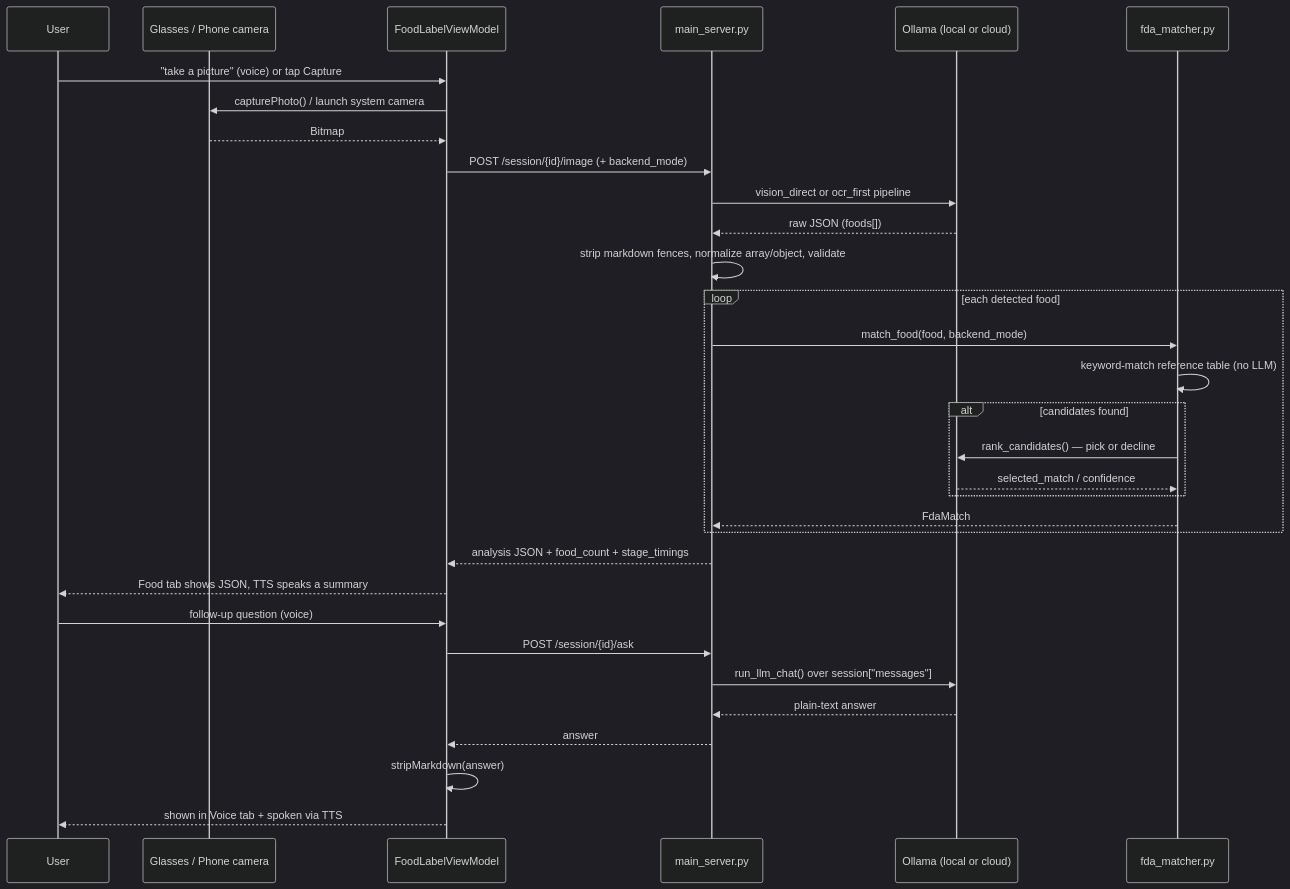
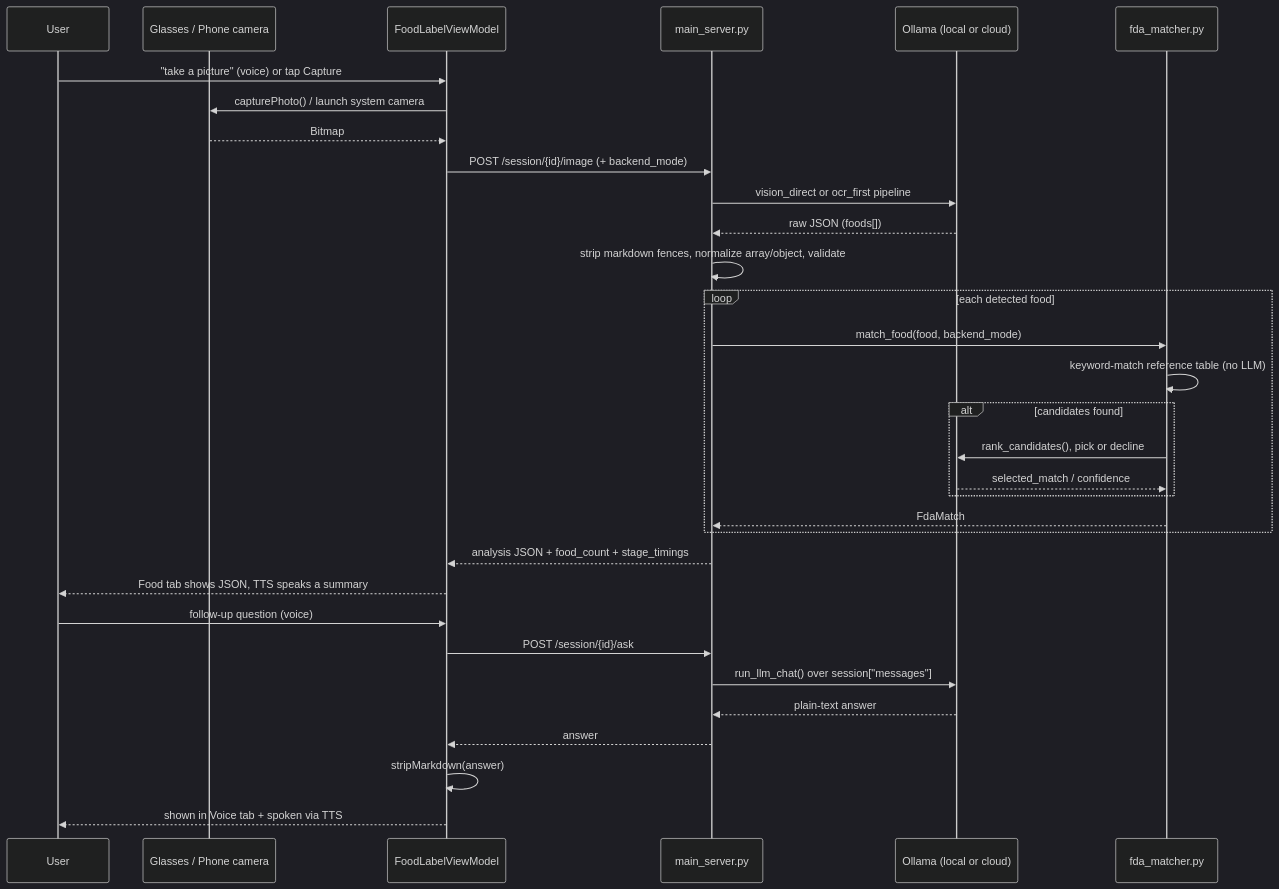
Before and after one commit to dipamb11/FoodInspector: the second of 2 diagrams in README.md, drawn with Mermaid (dark theme). The commit also changed other lines of this file and 1 other file, not shown here.

````diff
--- a/README.md
+++ b/README.md
@@ -73,36 +73,36 @@
 ```mermaid
 sequenceDiagram
     participant U as User
     participant G as Glasses / Phone camera
     participant VM as FoodLabelViewModel
     participant BE as main_server.py
     participant O as Ollama (local or cloud)
     participant FDA as fda_matcher.py
 
     U->>VM: "take a picture" (voice) or tap Capture
     VM->>G: capturePhoto() / launch system camera
     G-->>VM: Bitmap
     VM->>BE: POST /session/{id}/image (+ backend_mode)
     BE->>O: vision_direct or ocr_first pipeline
     O-->>BE: raw JSON (foods[])
     BE->>BE: strip markdown fences, normalize array/object, validate
     loop each detected food
         BE->>FDA: match_food(food, backend_mode)
         FDA->>FDA: keyword-match reference table (no LLM)
         alt candidates found
-            FDA->>O: rank_candidates() — pick or decline
+            FDA->>O: rank_candidates(), pick or decline
             O-->>FDA: selected_match / confidence
         end
         FDA-->>BE: FdaMatch
     end
     BE-->>VM: analysis JSON + food_count + stage_timings
     VM-->>U: Food tab shows JSON, TTS speaks a summary
 
     U->>VM: follow-up question (voice)
     VM->>BE: POST /session/{id}/ask
     BE->>O: run_llm_chat() over session["messages"]
     O-->>BE: plain-text answer
     BE-->>VM: answer
     VM->>VM: stripMarkdown(answer)
     VM-->>U: shown in Voice tab + spoken via TTS
 ```
````
